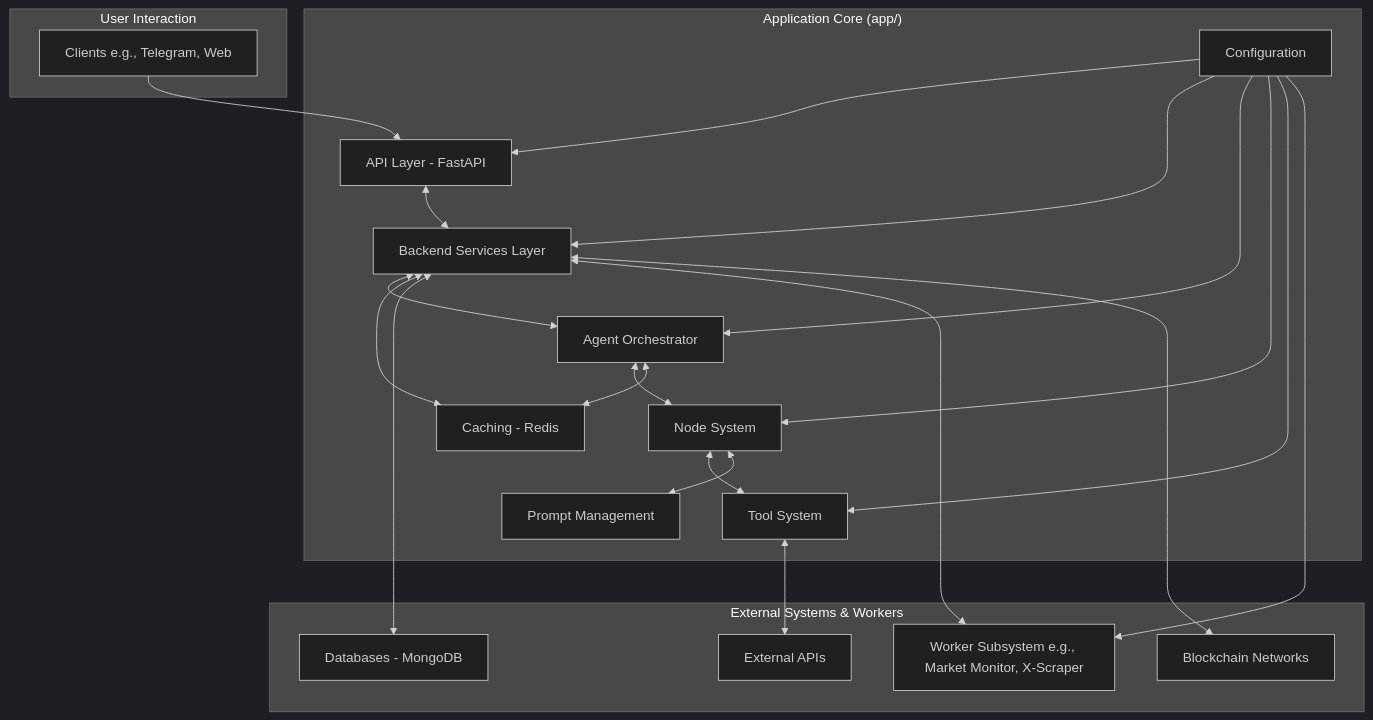
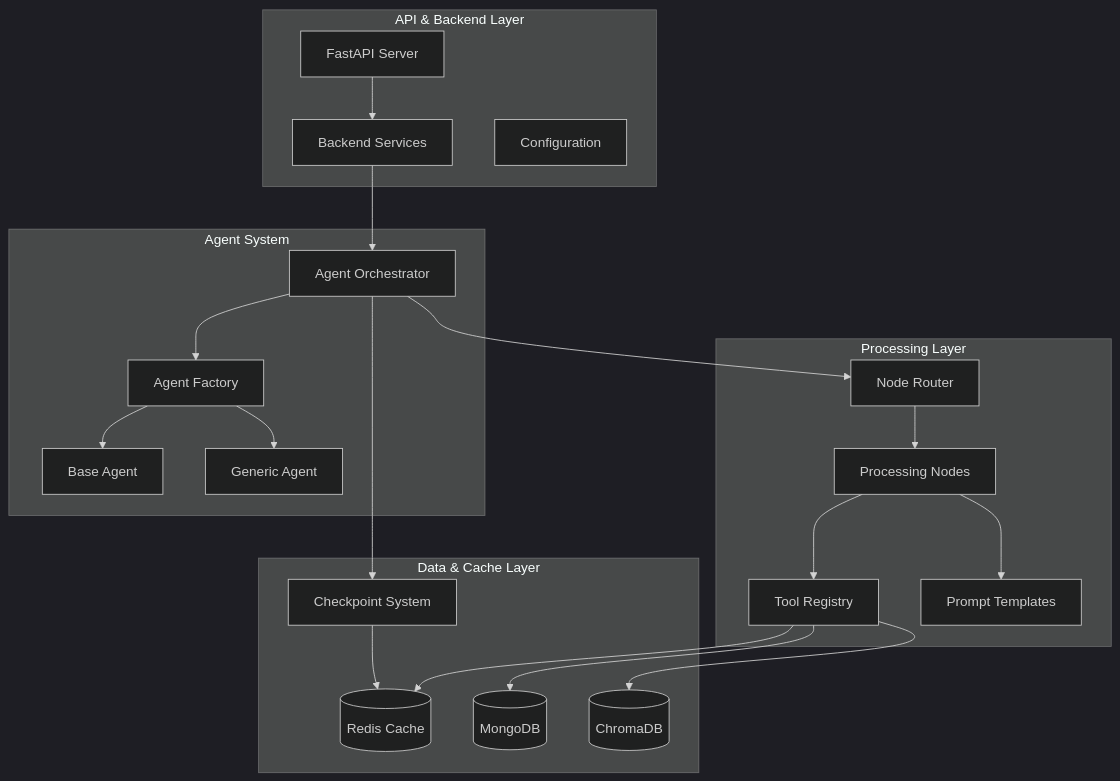
The diagram in docs/app/README.md (impressox/impressox-agent), drawn with Mermaid (dark theme) before and after one commit. The commit also changed other lines of this file and 3 other files, not shown here.

````diff
--- a/docs/app/README.md
+++ b/docs/app/README.md
@@ -9,43 +7,46 @@
 ```mermaid
-graph TB
-    subgraph "User Interaction"
-        Clients[Clients e.g., Telegram, Web]
+graph TD
+    subgraph "API & Backend Layer"
+        API[FastAPI Server]
+        Backend[Backend Services]
+        Config[Configuration]
     end
 
-    subgraph "Application Core (app/)"
-        API[API Layer - FastAPI]
-        BS[Backend Services Layer]
-        AO[Agent Orchestrator]
-        Nodes[Node System]
-        Tools[Tool System]
-        Prompts[Prompt Management]
-        Cache[Caching - Redis]
-        Config[Configuration]
-    end
-    
-    subgraph "External Systems & Workers"
-        Workers[Worker Subsystem e.g., Market Monitor, X-Scraper]
-        DB[Databases - MongoDB]
-        Blockchain[Blockchain Networks]
-        ExtAPI[External APIs]
+    subgraph "Agent System"
+        Orchestrator[Agent Orchestrator]
+        Factory[Agent Factory]
+        BaseAgent[Base Agent]
+        GenericAgent[Generic Agent]
     end
 
-    Clients --> API
-    API <--> BS
-    BS <--> AO
-    AO <--> Nodes
-    Nodes <--> Tools
-    Nodes <--> Prompts
-    AO <--> Cache
-    BS <--> Cache
-    BS <--> DB
-    BS <--> Workers
-    BS <--> Blockchain
-    Tools <--> ExtAPI
-    Config --> API
-    Config --> BS
-    Config --> AO
-    Config --> Nodes
-    Config --> Tools
-    Config --> Workers
+    subgraph "Processing Layer"
+        Router[Node Router]
+        Nodes[Processing Nodes]
+        Tools[Tool Registry]
+        Prompts[Prompt Templates]
+    end
+
+    subgraph "Data & Cache Layer"
+        Redis[(Redis Cache)]
+        MongoDB[(MongoDB)]
+        ChromaDB[(ChromaDB)]
+        Checkpoints[Checkpoint System]
+    end
+
+    API --> Backend
+    Backend --> Orchestrator
+    Orchestrator --> Factory
+    Factory --> BaseAgent
+    Factory --> GenericAgent
+    
+    Orchestrator --> Router
+    Router --> Nodes
+    Nodes --> Tools
+    Nodes --> Prompts
+    
+    Tools --> Redis
+    Tools --> MongoDB
+    Tools --> ChromaDB
+    Orchestrator --> Checkpoints
+    Checkpoints --> Redis
 ```
````
